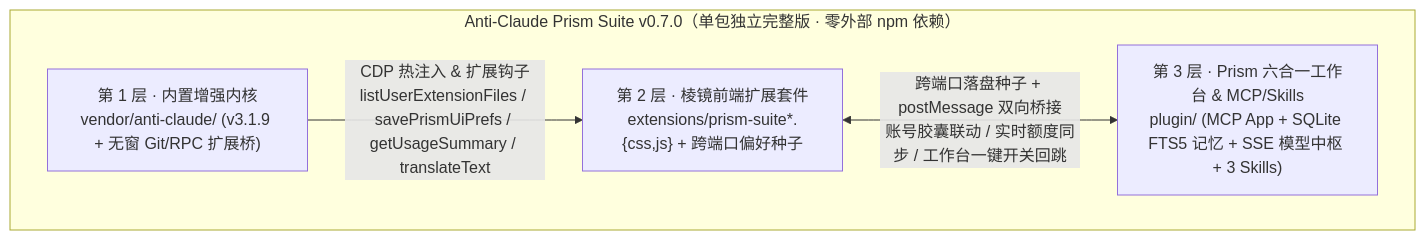
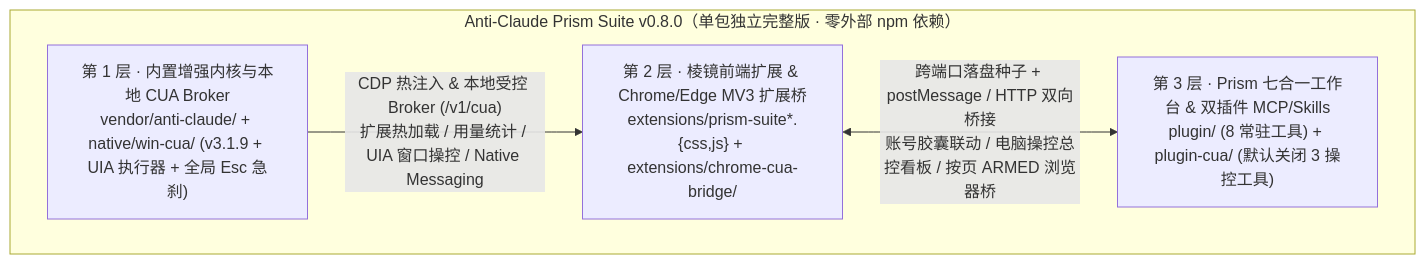
One commit to brsbsc/anti-claude-prism-suite changed the diagram in README.md. Above: the diagram before and after it, drawn with Mermaid. The commit also changed other lines of this file and 39 other files, not shown here.

Commit message:
feat(v0.8.0): add default-off prism-cua (Win32/UIA + Chrome MV3 bridge + batch_actions + Esc kill-switch) & zero-blank window restore

````diff
--- a/README.md
+++ b/README.md
@@ -114,11 +116,11 @@
 ```mermaid
 flowchart TB
-  subgraph PKG["Anti-Claude Prism Suite v0.7.0（单包独立完整版 · 零外部 npm 依赖）"]
-    K["第 1 层 · 内置增强内核<br/>vendor/anti-claude/ (v3.1.9 + 无窗 Git/RPC 扩展桥)"]
-    E["第 2 层 · 棱镜前端扩展套件<br/>extensions/prism-suite*.{css,js} + 跨端口偏好种子"]
-    P["第 3 层 · Prism 六合一工作台 & MCP/Skills<br/>plugin/ (MCP App + SQLite FTS5 记忆 + SSE 模型中枢 + 3 Skills)"]
+  subgraph PKG["Anti-Claude Prism Suite v0.8.0（单包独立完整版 · 零外部 npm 依赖）"]
+    K["第 1 层 · 内置增强内核与本地 CUA Broker<br/>vendor/anti-claude/ + native/win-cua/ (v3.1.9 + UIA 执行器 + 全局 Esc 急刹)"]
+    E["第 2 层 · 棱镜前端扩展 & Chrome/Edge MV3 扩展桥<br/>extensions/prism-suite*.{css,js} + extensions/chrome-cua-bridge/"]
+    P["第 3 层 · Prism 七合一工作台 & 双插件 MCP/Skills<br/>plugin/ (8 常驻工具) + plugin-cua/ (默认关闭 3 操控工具)"]
   end
 
-  K -->|"CDP 热注入 & 扩展钩子<br/>listUserExtensionFiles / savePrismUiPrefs / getUsageSummary / translateText"| E
-  E <-->|"跨端口落盘种子 + postMessage 双向桥接<br/>账号胶囊联动 / 实时额度同步 / 工作台一键开关回跳"| P
+  K -->|"CDP 热注入 & 本地受控 Broker (/v1/cua)<br/>扩展热加载 / 用量统计 / UIA 窗口操控 / Native Messaging"| E
+  E <-->|"跨端口落盘种子 + postMessage / HTTP 双向桥接<br/>账号胶囊联动 / 电脑操控总控看板 / 按页 ARMED 浏览器桥"| P
 ```
````
